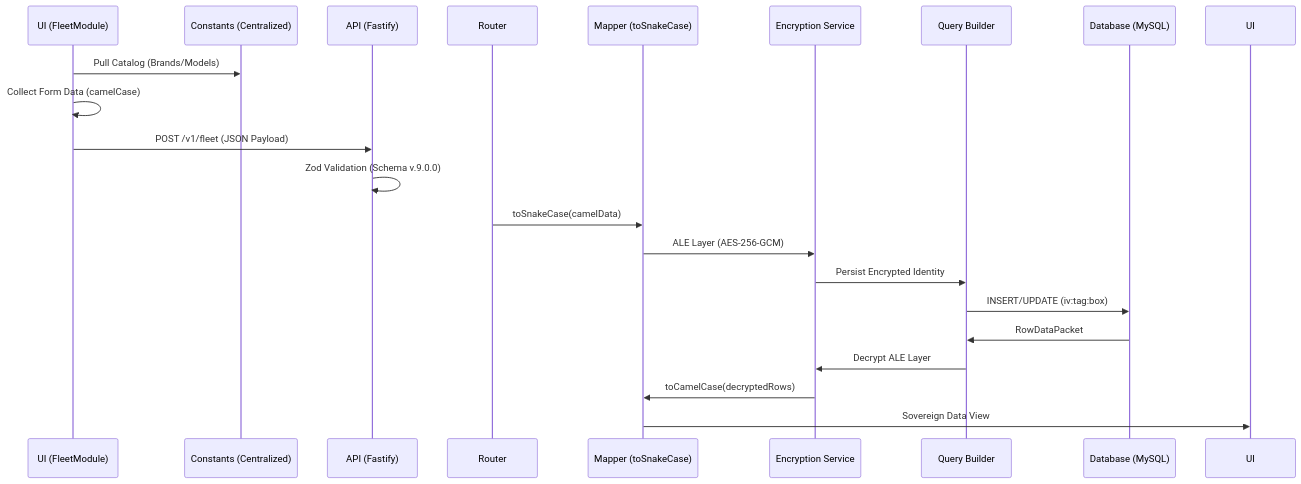
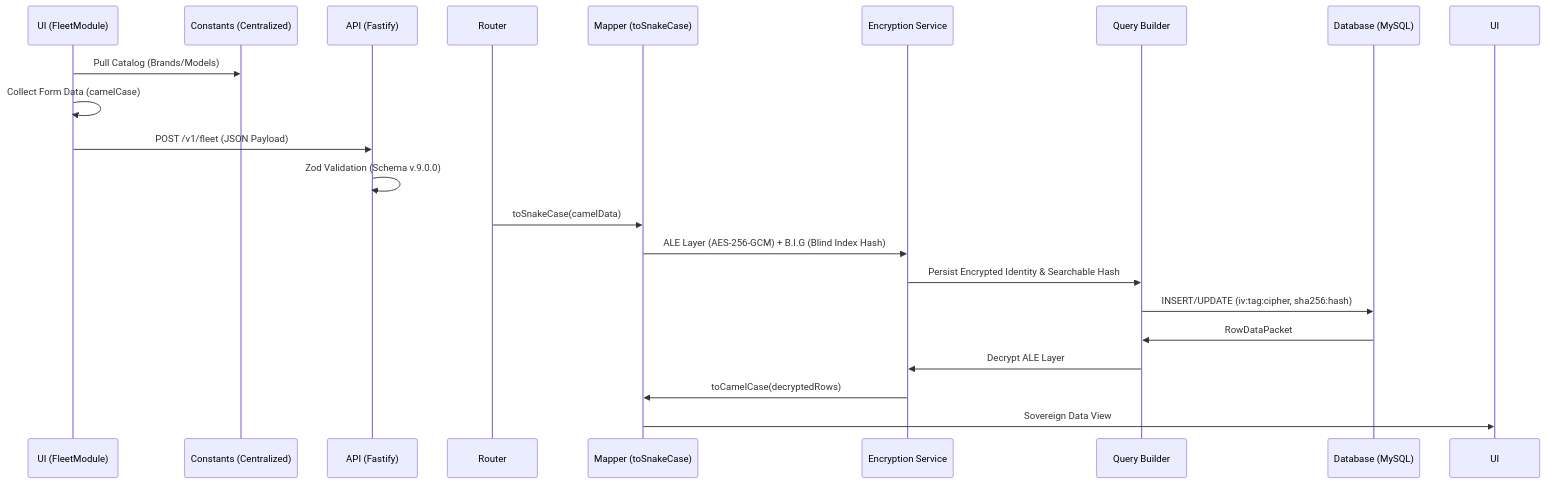
One commit to felipemiramontesr/mantenimiento_piic changed the third of 4 diagrams in SYSTEM_ARCHITECTURE.md. Above: the diagram before and after it, drawn with Mermaid. The commit also changed other lines of this file and 5 other files, not shown here.

````diff
--- a/SYSTEM_ARCHITECTURE.md
+++ b/SYSTEM_ARCHITECTURE.md
@@ -87,24 +87,24 @@
 ```mermaid
 sequenceDiagram
     participant U as UI (FleetModule)
     participant C as Constants (Centralized)
     participant A as API (Fastify)
     participant Route as Router
     participant Mapper as Mapper (toSnakeCase)
     participant Encryption as Encryption Service
     participant Query as Query Builder
     participant DB as Database (MySQL)
 
     U->>C: Pull Catalog (Brands/Models)
     U->>U: Collect Form Data (camelCase)
     U->>A: POST /v1/fleet (JSON Payload)
     A->>A: Zod Validation (Schema v.9.0.0)
     Route->>Mapper: toSnakeCase(camelData)
-    Mapper->>Encryption: ALE Layer (AES-256-GCM)
-    Encryption->>Query: Persist Encrypted Identity
-    Query->>DB: INSERT/UPDATE (iv:tag:box)
+    Mapper->>Encryption: ALE Layer (AES-256-GCM) + B.I.G (Blind Index Hash)
+    Encryption->>Query: Persist Encrypted Identity & Searchable Hash
+    Query->>DB: INSERT/UPDATE (iv:tag:cipher, sha256:hash)
     DB->>Query: RowDataPacket
     Query->>Encryption: Decrypt ALE Layer
     Encryption->>Mapper: toCamelCase(decryptedRows)
     Mapper->>UI: Sovereign Data View
 ```
````
